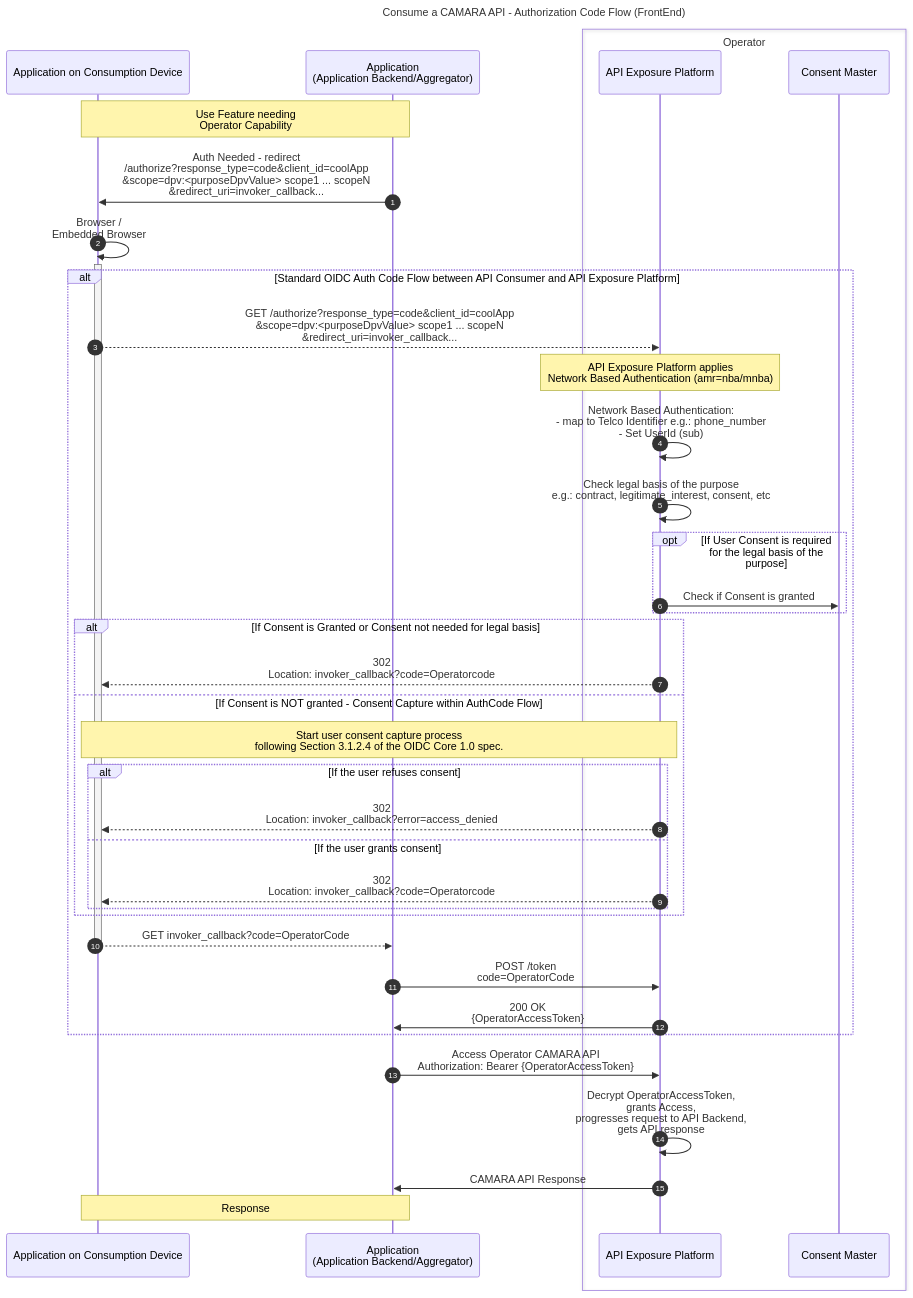
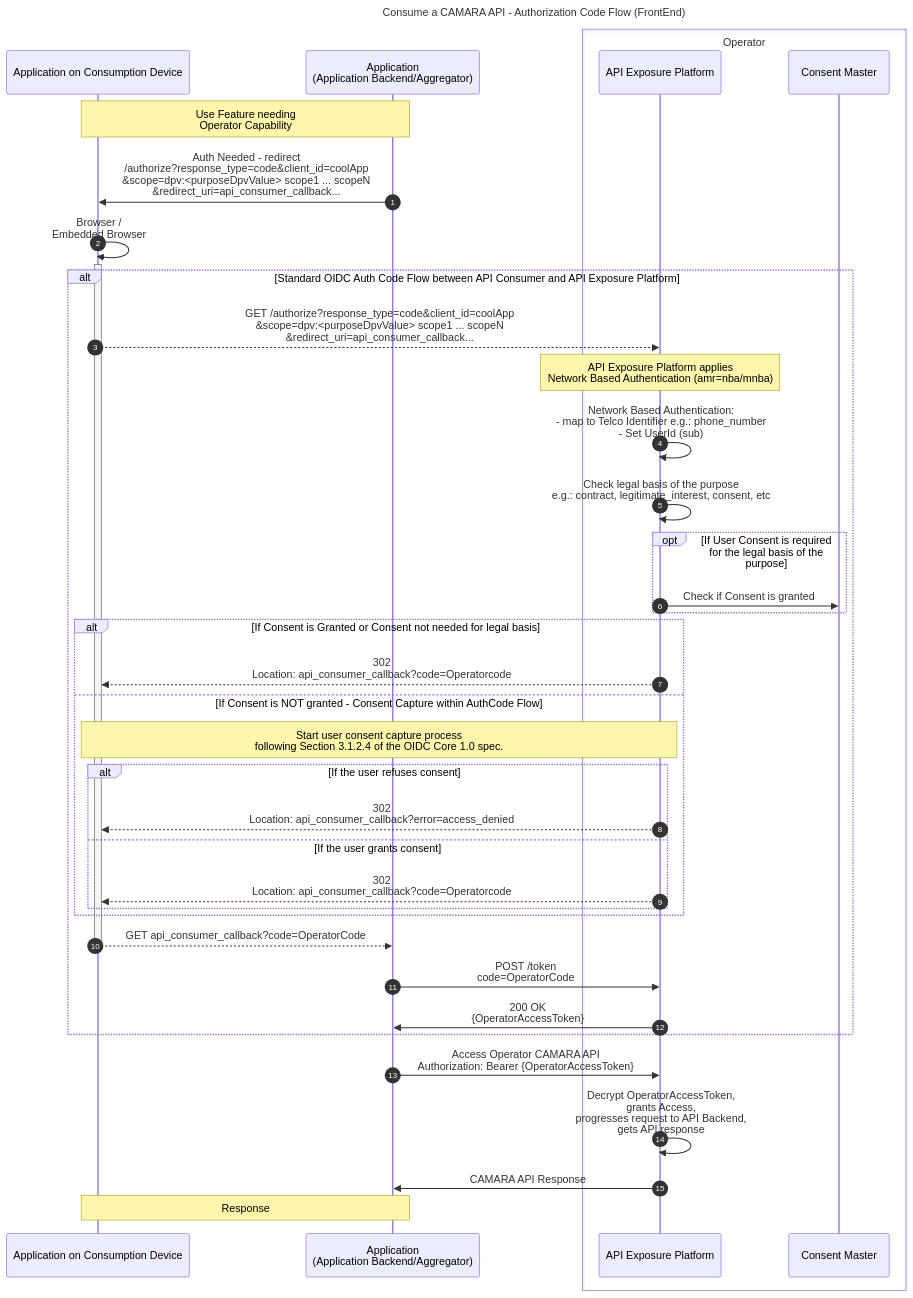
The first of 2 diagrams in documentation/CAMARA-API-access-and-user-consent.md (camaraproject/IdentityAndConsentManagement), drawn with Mermaid before and after one commit. The commit also changed other lines of this file, not shown here.

Commit message:
invoker_callback -> api_consumer_callback

````diff
--- a/documentation/CAMARA-API-access-and-user-consent.md
+++ b/documentation/CAMARA-API-access-and-user-consent.md
@@ -107,42 +107,42 @@
 ```mermaid
 sequenceDiagram
 autonumber
 title Consume a CAMARA API - Authorization Code Flow (FrontEnd)
 participant FE as Application on Consumption Device
 participant BE as Application<br>(Application Backend/Aggregator)
 box Operator
   participant ExpO as API Exposure Platform
   participant Consent as Consent Master
 end
 
 Note over FE,BE: Use Feature needing<br>Operator Capability  
-BE->>FE: Auth Needed - redirect <br>/authorize?response_type=code&client_id=coolApp<br>&scope=dpv:<purposeDpvValue> scope1 ... scopeN<br>&redirect_uri=invoker_callback...
+BE->>FE: Auth Needed - redirect <br>/authorize?response_type=code&client_id=coolApp<br>&scope=dpv:<purposeDpvValue> scope1 ... scopeN<br>&redirect_uri=api_consumer_callback...
 FE->>+FE: Browser /<br> Embedded Browser
 alt Standard OIDC Auth Code Flow between API Consumer and API Exposure Platform
-  FE-->>ExpO: GET /authorize?response_type=code&client_id=coolApp<br>&scope=dpv:<purposeDpvValue> scope1 ... scopeN<br>&redirect_uri=invoker_callback...
+  FE-->>ExpO: GET /authorize?response_type=code&client_id=coolApp<br>&scope=dpv:<purposeDpvValue> scope1 ... scopeN<br>&redirect_uri=api_consumer_callback...
   Note over ExpO: API Exposure Platform applies<br>Network Based Authentication (amr=nba/mnba)
   ExpO->>ExpO: Network Based Authentication:<br>- map to Telco Identifier e.g.: phone_number<br>- Set UserId (sub)  
   ExpO->>ExpO: Check legal basis of the purpose<br> e.g.: contract, legitimate_interest, consent, etc 
   opt If User Consent is required for the legal basis of the purpose  
     ExpO->>Consent: Check if Consent is granted    
   end  
   alt If Consent is Granted or Consent not needed for legal basis   
-    ExpO-->>FE: 302<br>Location: invoker_callback?code=Operatorcode
+    ExpO-->>FE: 302<br>Location: api_consumer_callback?code=Operatorcode
   else If Consent is NOT granted - Consent Capture within AuthCode Flow  
     Note over FE,ExpO: Start user consent capture process<br>following Section 3.1.2.4 of the OIDC Core 1.0 spec.    
     alt If the user refuses consent
-      ExpO-->>FE: 302<br>Location: invoker_callback?error=access_denied
+      ExpO-->>FE: 302<br>Location: api_consumer_callback?error=access_denied
     else If the user grants consent
-      ExpO-->>FE: 302<br>Location: invoker_callback?code=Operatorcode
+      ExpO-->>FE: 302<br>Location: api_consumer_callback?code=Operatorcode
     end
   end
-  FE-->>-BE: GET invoker_callback?code=OperatorCode
+  FE-->>-BE: GET api_consumer_callback?code=OperatorCode
   BE->>ExpO: POST /token<br> code=OperatorCode
   ExpO->>BE: 200 OK <br> {OperatorAccessToken}
 end
 
 BE->>ExpO: Access Operator CAMARA API <br> Authorization: Bearer {OperatorAccessToken}        
 ExpO->>ExpO: Decrypt OperatorAccessToken,<br>grants Access,<br>progresses request to API Backend,<br>gets API response  
 ExpO->>BE: CAMARA API Response
 Note over BE,FE: Response
 ```
````
